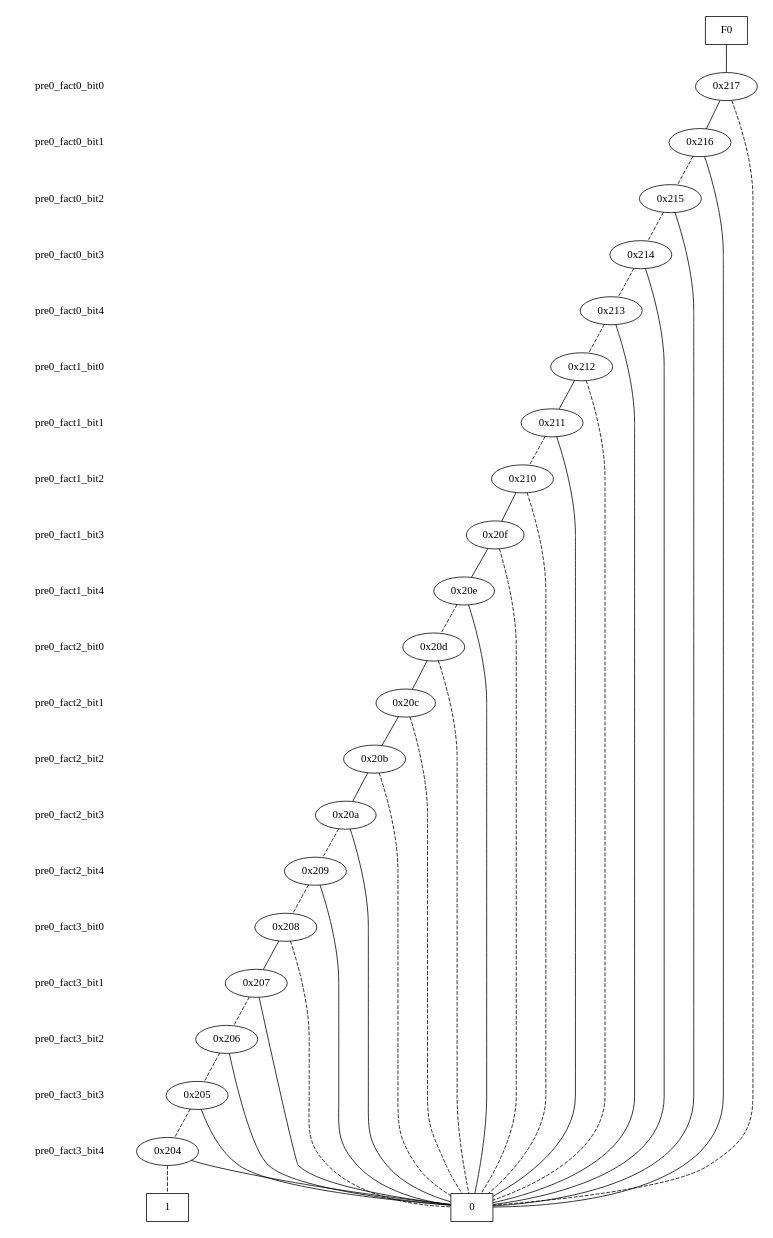
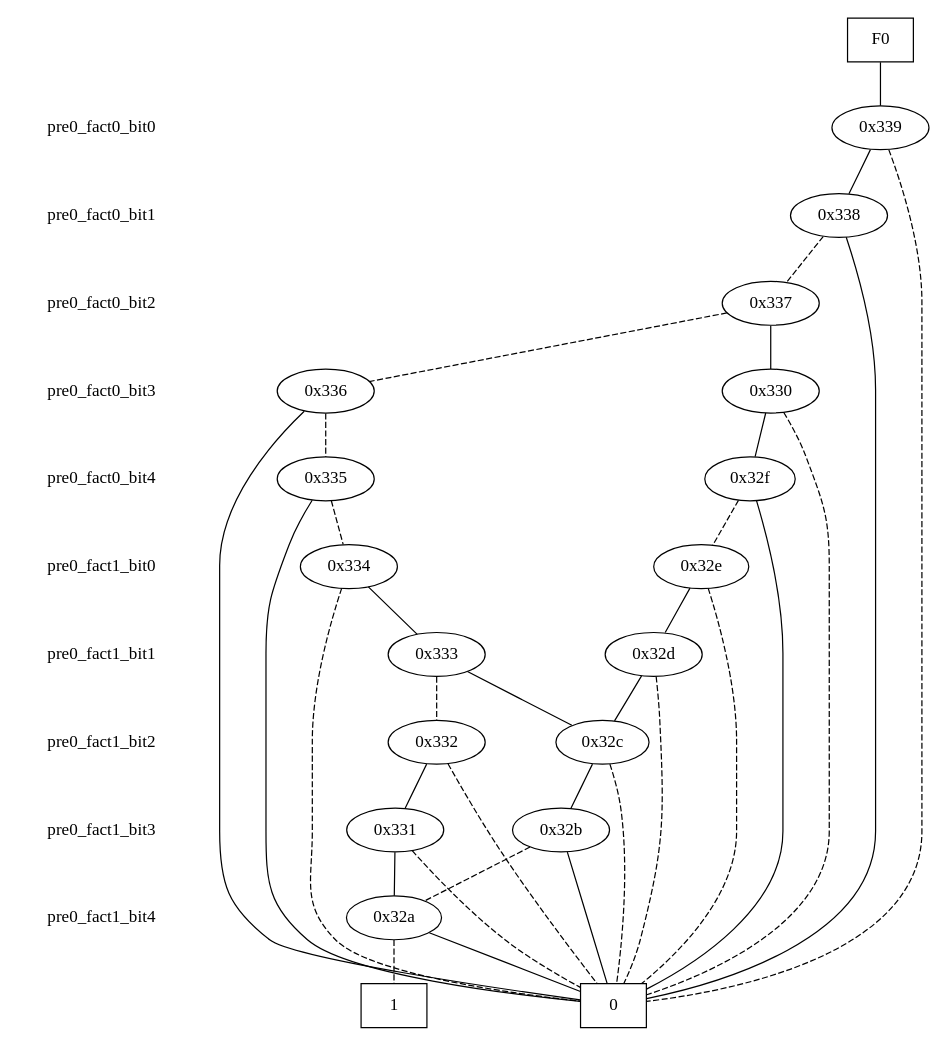
The diagram in goal.dot (galvusdamor/downward-hm), drawn with Graphviz before and after one commit. The commit also changed 6 other files, not shown here.

```diff
--- a/goal.dot
+++ b/goal.dot
@@ -1,120 +1,88 @@
 digraph "DD" {
 size = "7.5,10"
 center = true;
 edge [dir = none];
 { node [shape = plaintext];
   edge [style = invis];
   "CONST NODES" [style = invis];
-" pre0_fact0_bit0 " -> " pre0_fact0_bit1 " -> " pre0_fact0_bit2 " -> " pre0_fact0_bit3 " -> " pre0_fact0_bit4 " -> " pre0_fact1_bit0 " -> " pre0_fact1_bit1 " -> " pre0_fact1_bit2 " -> " pre0_fact1_bit3 " -> " pre0_fact1_bit4 " -> " pre0_fact2_bit0 " -> " pre0_fact2_bit1 " -> " pre0_fact2_bit2 " -> " pre0_fact2_bit3 " -> " pre0_fact2_bit4 " -> " pre0_fact3_bit0 " -> " pre0_fact3_bit1 " -> " pre0_fact3_bit2 " -> " pre0_fact3_bit3 " -> " pre0_fact3_bit4 " -> "CONST NODES"; 
+" pre0_fact0_bit0 " -> " pre0_fact0_bit1 " -> " pre0_fact0_bit2 " -> " pre0_fact0_bit3 " -> " pre0_fact0_bit4 " -> " pre0_fact1_bit0 " -> " pre0_fact1_bit1 " -> " pre0_fact1_bit2 " -> " pre0_fact1_bit3 " -> " pre0_fact1_bit4 " -> "CONST NODES"; 
 }
 { rank = same; node [shape = box]; edge [style = invis];
 "F0"; }
 { rank = same; " pre0_fact0_bit0 ";
-"0x217";
+"0x339";
 }
 { rank = same; " pre0_fact0_bit1 ";
-"0x216";
+"0x338";
 }
 { rank = same; " pre0_fact0_bit2 ";
-"0x215";
+"0x337";
 }
 { rank = same; " pre0_fact0_bit3 ";
-"0x214";
+"0x330";
+"0x336";
 }
 { rank = same; " pre0_fact0_bit4 ";
-"0x213";
+"0x32f";
+"0x335";
 }
 { rank = same; " pre0_fact1_bit0 ";
-"0x212";
+"0x32e";
+"0x334";
 }
 { rank = same; " pre0_fact1_bit1 ";
-"0x211";
+"0x333";
+"0x32d";
 }
 { rank = same; " pre0_fact1_bit2 ";
-"0x210";
+"0x32c";
+"0x332";
 }
 { rank = same; " pre0_fact1_bit3 ";
-"0x20f";
+"0x32b";
+"0x331";
 }
 { rank = same; " pre0_fact1_bit4 ";
-"0x20e";
-}
-{ rank = same; " pre0_fact2_bit0 ";
-"0x20d";
-}
-{ rank = same; " pre0_fact2_bit1 ";
-"0x20c";
-}
-{ rank = same; " pre0_fact2_bit2 ";
-"0x20b";
-}
-{ rank = same; " pre0_fact2_bit3 ";
-"0x20a";
-}
-{ rank = same; " pre0_fact2_bit4 ";
-"0x209";
-}
-{ rank = same; " pre0_fact3_bit0 ";
-"0x208";
-}
-{ rank = same; " pre0_fact3_bit1 ";
-"0x207";
-}
-{ rank = same; " pre0_fact3_bit2 ";
-"0x206";
-}
-{ rank = same; " pre0_fact3_bit3 ";
-"0x205";
-}
-{ rank = same; " pre0_fact3_bit4 ";
-"0x204";
+"0x32a";
 }
 { rank = same; "CONST NODES";
-{ node [shape = box]; "0x10b";
-"0x10a";
+{ node [shape = box]; "0x29f";
+"0x29e";
 }
 }
-"F0" -> "0x217" [style = solid];
-"0x217" -> "0x216";
-"0x217" -> "0x10b" [style = dashed];
-"0x216" -> "0x10b";
-"0x216" -> "0x215" [style = dashed];
-"0x215" -> "0x10b";
-"0x215" -> "0x214" [style = dashed];
-"0x214" -> "0x10b";
-"0x214" -> "0x213" [style = dashed];
-"0x213" -> "0x10b";
-"0x213" -> "0x212" [style = dashed];
-"0x212" -> "0x211";
-"0x212" -> "0x10b" [style = dashed];
-"0x211" -> "0x10b";
-"0x211" -> "0x210" [style = dashed];
-"0x210" -> "0x20f";
-"0x210" -> "0x10b" [style = dashed];
-"0x20f" -> "0x20e";
-"0x20f" -> "0x10b" [style = dashed];
-"0x20e" -> "0x10b";
-"0x20e" -> "0x20d" [style = dashed];
-"0x20d" -> "0x20c";
-"0x20d" -> "0x10b" [style = dashed];
-"0x20c" -> "0x20b";
-"0x20c" -> "0x10b" [style = dashed];
-"0x20b" -> "0x20a";
-"0x20b" -> "0x10b" [style = dashed];
-"0x20a" -> "0x10b";
-"0x20a" -> "0x209" [style = dashed];
-"0x209" -> "0x10b";
-"0x209" -> "0x208" [style = dashed];
-"0x208" -> "0x207";
-"0x208" -> "0x10b" [style = dashed];
-"0x207" -> "0x10b";
-"0x207" -> "0x206" [style = dashed];
-"0x206" -> "0x10b";
-"0x206" -> "0x205" [style = dashed];
-"0x205" -> "0x10b";
-"0x205" -> "0x204" [style = dashed];
-"0x204" -> "0x10b";
-"0x204" -> "0x10a" [style = dashed];
-"0x10b" [label = "0"];
-"0x10a" [label = "1"];
+"F0" -> "0x339" [style = solid];
+"0x339" -> "0x338";
+"0x339" -> "0x29f" [style = dashed];
+"0x338" -> "0x29f";
+"0x338" -> "0x337" [style = dashed];
+"0x337" -> "0x330";
+"0x337" -> "0x336" [style = dashed];
+"0x330" -> "0x32f";
+"0x330" -> "0x29f" [style = dashed];
+"0x336" -> "0x29f";
+"0x336" -> "0x335" [style = dashed];
+"0x32f" -> "0x29f";
+"0x32f" -> "0x32e" [style = dashed];
+"0x335" -> "0x29f";
+"0x335" -> "0x334" [style = dashed];
+"0x32e" -> "0x32d";
+"0x32e" -> "0x29f" [style = dashed];
+"0x334" -> "0x333";
+"0x334" -> "0x29f" [style = dashed];
+"0x333" -> "0x32c";
+"0x333" -> "0x332" [style = dashed];
+"0x32d" -> "0x32c";
+"0x32d" -> "0x29f" [style = dashed];
+"0x32c" -> "0x32b";
+"0x32c" -> "0x29f" [style = dashed];
+"0x332" -> "0x331";
+"0x332" -> "0x29f" [style = dashed];
+"0x32b" -> "0x29f";
+"0x32b" -> "0x32a" [style = dashed];
+"0x331" -> "0x32a";
+"0x331" -> "0x29f" [style = dashed];
+"0x32a" -> "0x29f";
+"0x32a" -> "0x29e" [style = dashed];
+"0x29f" [label = "0"];
+"0x29e" [label = "1"];
 }
```
